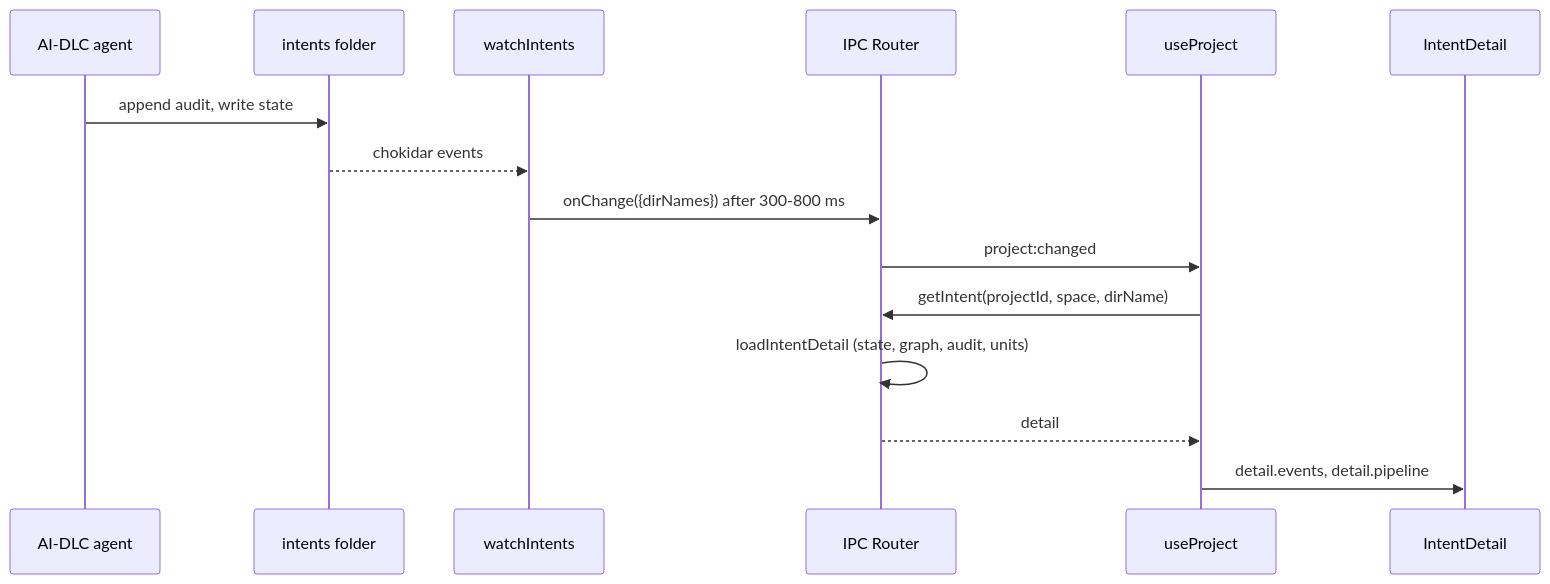
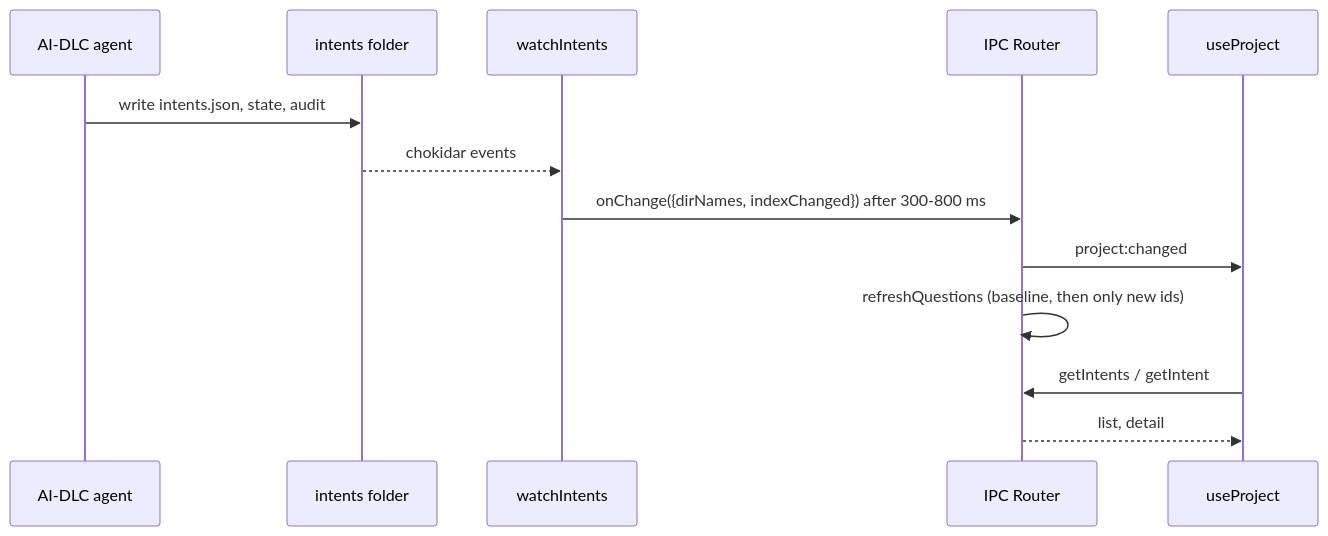
Before and after one commit to tochman/ai-dlc-thadeus: the second of 4 diagrams in aidlc/spaces/default/codekb/aidlc-dash/architecture.md, drawn with Mermaid. The commit also changed other lines of this file and 54 other files, not shown here.

````diff
--- a/aidlc/spaces/default/codekb/aidlc-dash/architecture.md
+++ b/aidlc/spaces/default/codekb/aidlc-dash/architecture.md
@@ -97,17 +119,15 @@
 ```mermaid
 sequenceDiagram
   participant AG as AI-DLC agent
   participant FS as intents folder
   participant W as watchIntents
   participant IPC as IPC Router
   participant UP as useProject
-  participant ID as IntentDetail
-  AG->>FS: append audit, write state
+  AG->>FS: write intents.json, state, audit
   FS-->>W: chokidar events
-  W->>IPC: onChange({dirNames}) after 300-800 ms
+  W->>IPC: onChange({dirNames, indexChanged}) after 300-800 ms
   IPC->>UP: project:changed
-  UP->>IPC: getIntent(projectId, space, dirName)
-  IPC->>IPC: loadIntentDetail (state, graph, audit, units)
-  IPC-->>UP: detail
-  UP->>ID: detail.events, detail.pipeline
+  IPC->>IPC: refreshQuestions (baseline, then only new ids)
+  UP->>IPC: getIntents / getIntent
+  IPC-->>UP: list, detail
 ```
````
